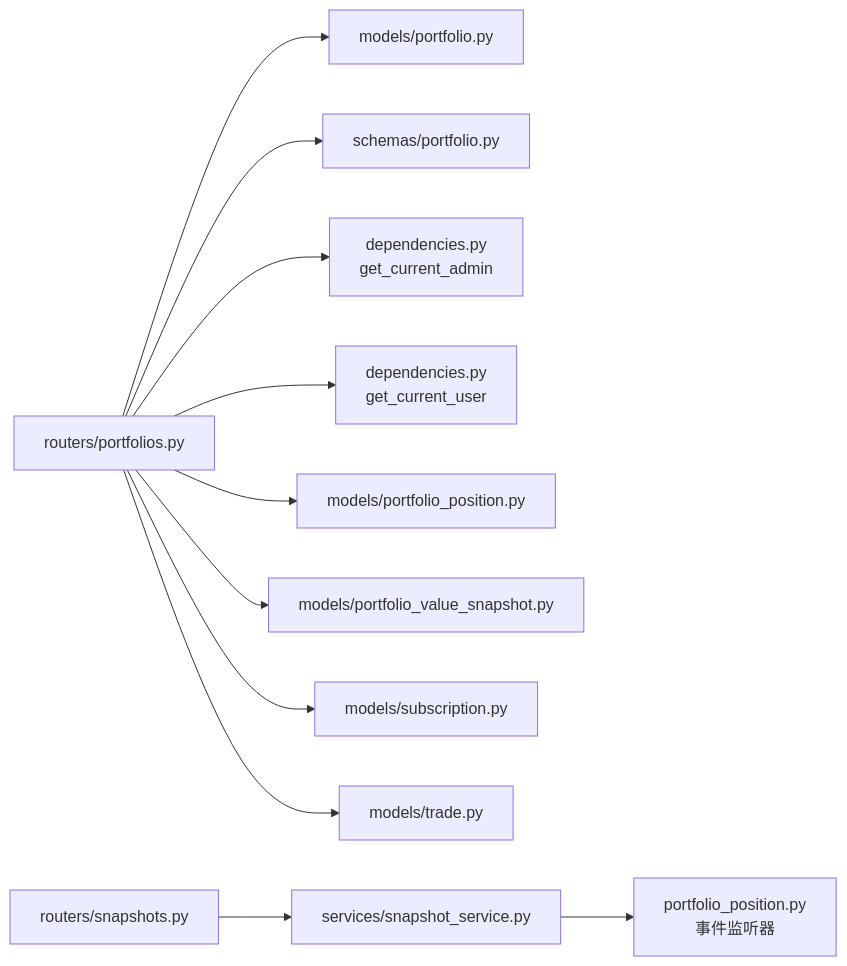
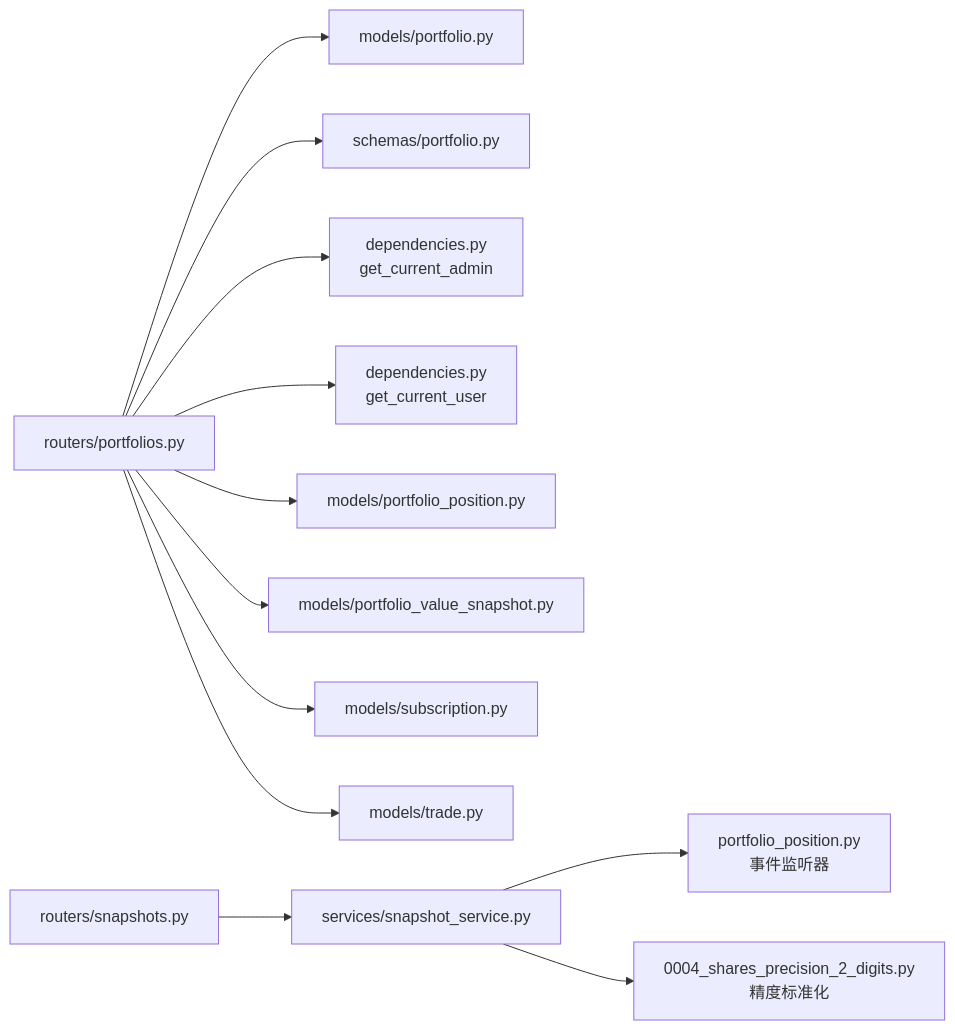
Before and after one commit to gujialind/InvestRing: the ninth of 9 diagrams in .qoder/repowiki/zh/content/核心业务功能/投资组合管理.md, drawn with Mermaid. The commit also changed other lines of this file and 19 other files, not shown here.

````diff
--- a/.qoder/repowiki/zh/content/核心业务功能/投资组合管理.md
+++ b/.qoder/repowiki/zh/content/核心业务功能/投资组合管理.md
@@ -475,13 +510,14 @@
 ```mermaid
 graph LR
 PortfoliosRouter["routers/portfolios.py"] --> PortfolioModel["models/portfolio.py"]
 PortfoliosRouter --> PortfolioSchema["schemas/portfolio.py"]
 PortfoliosRouter --> DepAdmin["dependencies.py<br/>get_current_admin"]
 PortfoliosRouter --> DepUser["dependencies.py<br/>get_current_user"]
 PortfoliosRouter --> PosModel["models/portfolio_position.py"]
 PortfoliosRouter --> NavModel["models/portfolio_value_snapshot.py"]
 PortfoliosRouter --> SubModel["models/subscription.py"]
 PortfoliosRouter --> TradeModel["models/trade.py"]
 SnapshotsRouter["routers/snapshots.py"] --> SnapshotService["services/snapshot_service.py"]
 SnapshotService --> EventListener["portfolio_position.py<br/>事件监听器"]
+SnapshotService --> PrecisionStandard["0004_shares_precision_2_digits.py<br/>精度标准化"]
 ```
````
